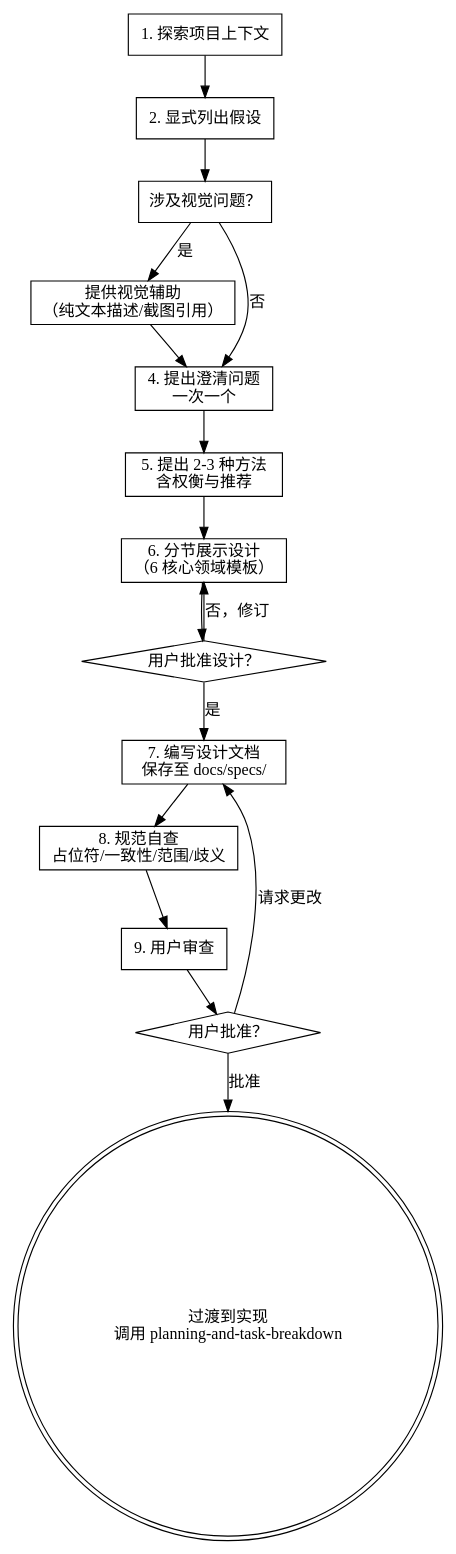
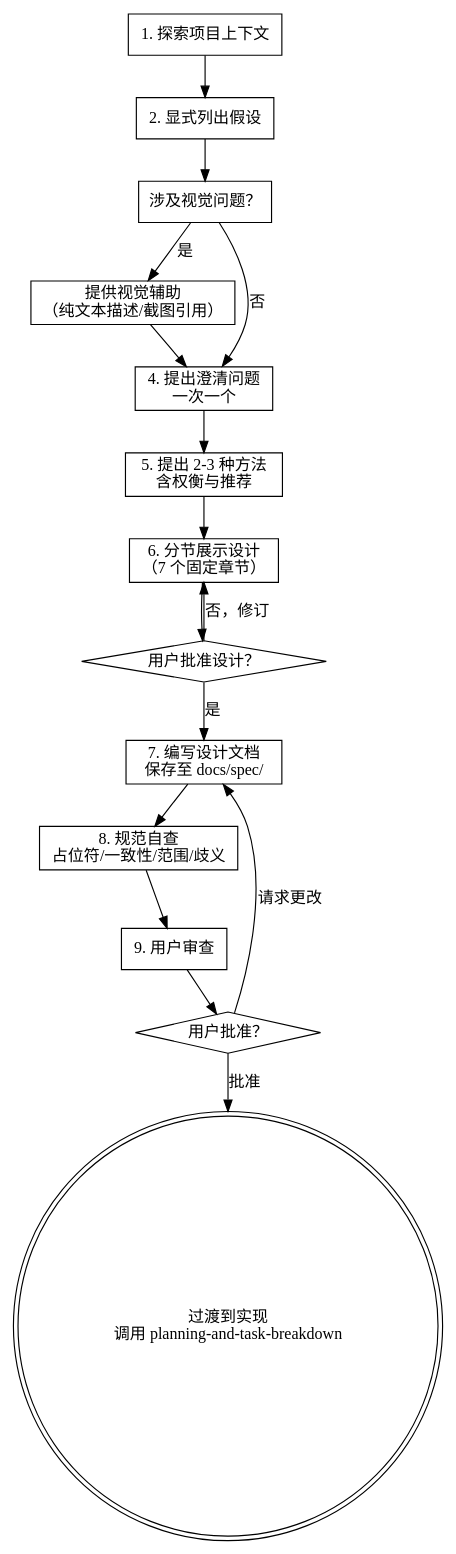
Before and after one commit to peakdong68/my-skills: the diagram in skills/spec-driven-development/SKILL.md, drawn with Graphviz. The commit also changed other lines of this file and 13 other files, not shown here.

````diff
--- a/skills/spec-driven-development/SKILL.md
+++ b/skills/spec-driven-development/SKILL.md
@@ -30,36 +34,36 @@
 ```dot
 digraph spec_flow {
     rankdir=TB;
     node [shape=box];
 
     step1 [label="1. 探索项目上下文"];
     step2 [label="2. 显式列出假设"];
     visual [label="涉及视觉问题？"];
     visual_yes [label="提供视觉辅助\n（纯文本描述/截图引用）"];
     step4 [label="4. 提出澄清问题\n一次一个"];
     step5 [label="5. 提出 2-3 种方法\n含权衡与推荐"];
-    step6 [label="6. 分节展示设计\n（6 核心领域模板）"];
+    step6 [label="6. 分节展示设计\n（7 个固定章节）"];
     approve [label="用户批准设计？" shape=diamond];
-    step7 [label="7. 编写设计文档\n保存至 docs/specs/"];
+    step7 [label="7. 编写设计文档\n保存至 docs/spec/"];
     step8 [label="8. 规范自查\n占位符/一致性/范围/歧义"];
     step9 [label="9. 用户审查"];
     review_ok [label="用户批准？" shape=diamond];
     done [label="过渡到实现\n调用 planning-and-task-breakdown" shape=doublecircle];
 
     step1 -> step2;
     step2 -> visual;
     visual -> visual_yes [label="是"];
     visual -> step4 [label="否"];
     visual_yes -> step4;
     step4 -> step5;
     step5 -> step6;
     step6 -> approve;
     approve -> step6 [label="否，修订"];
     approve -> step7 [label="是"];
     step7 -> step8;
     step8 -> step9;
     step9 -> review_ok;
     review_ok -> step7 [label="请求更改"];
     review_ok -> done [label="批准"];
 }
 ```
````
